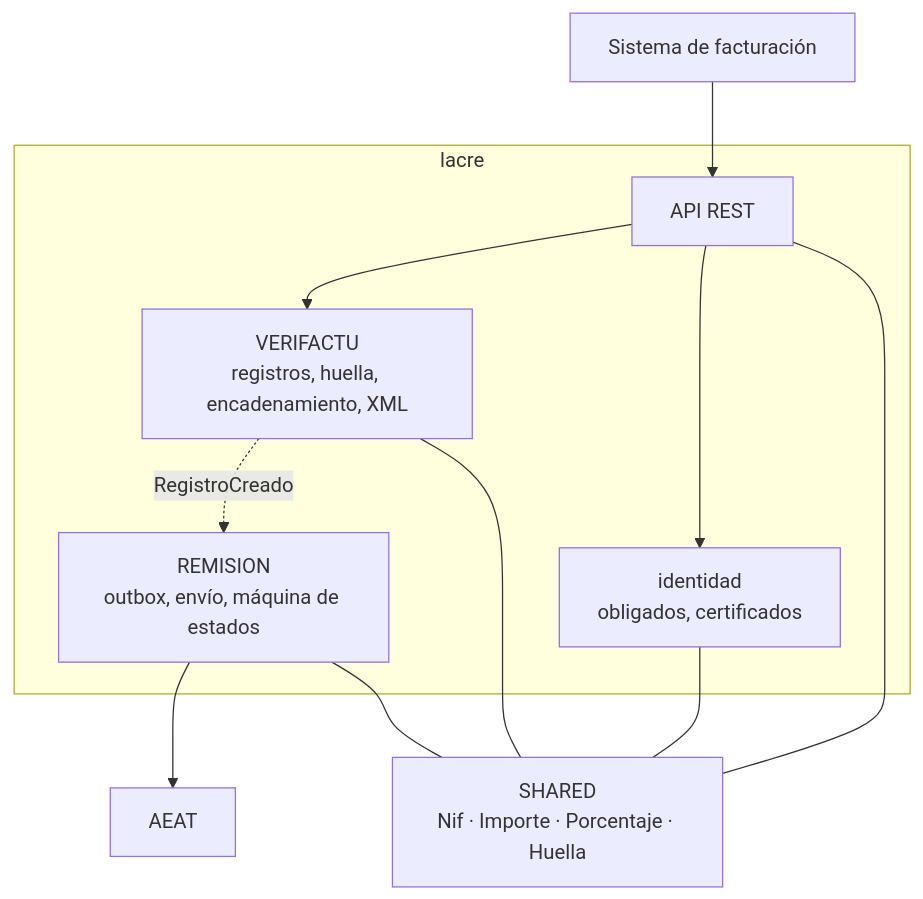
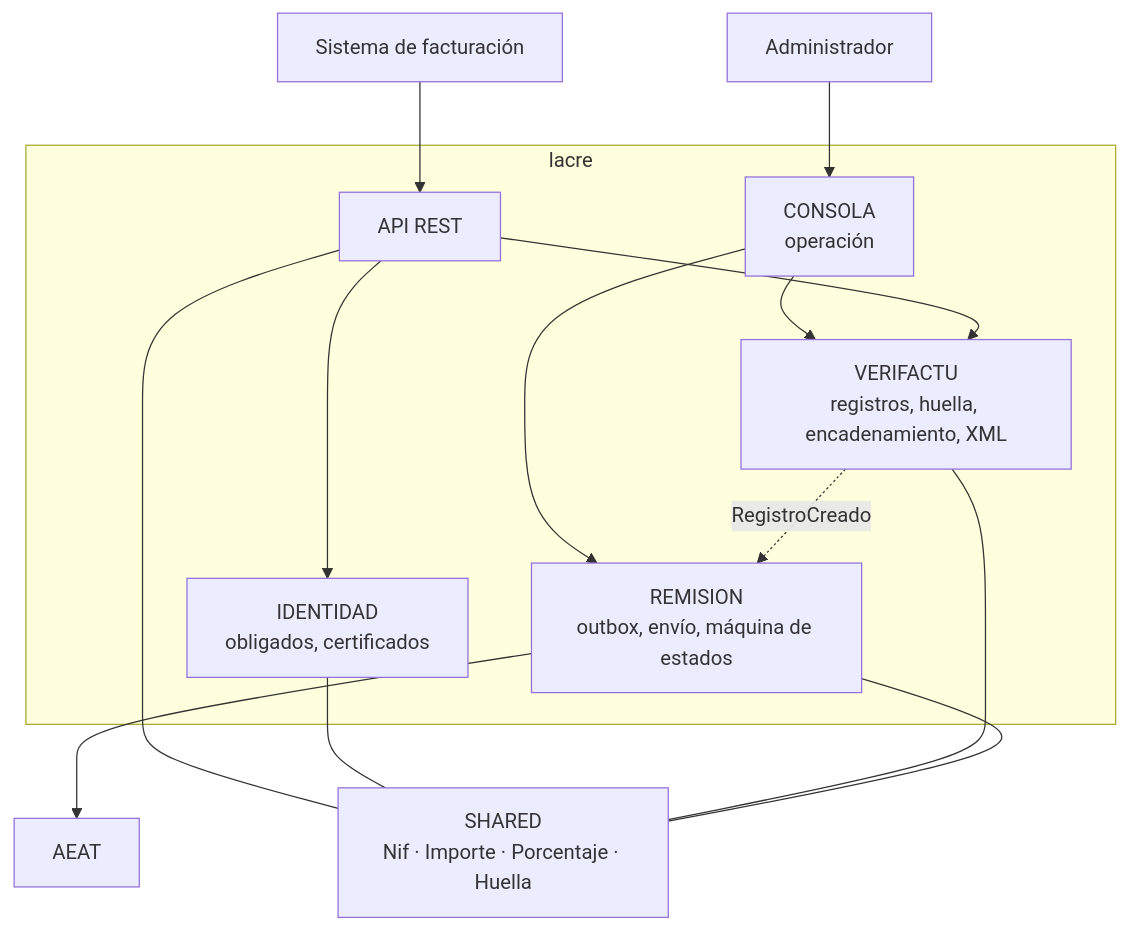
Before and after one commit to manuel-umu/lacre: the second of 2 diagrams in README.md, drawn with Mermaid. The commit also changed other lines of this file and 27 other files, not shown here.

Commit message:
feat: consola de operación con inicio de sesión y vista general de los obligados

````diff
--- a/README.md
+++ b/README.md
@@ -54,23 +54,28 @@
 ```mermaid
 flowchart TB
     CLI["Sistema de facturación"] --> API
 
     subgraph APP["lacre"]
         API["API REST"]
-        ID["identidad<br/>obligados, certificados"]
+        ID["IDENTIDAD<br/>obligados, certificados"]
         SIF["VERIFACTU<br/>registros, huella, encadenamiento, XML"]
         REM["REMISION<br/>outbox, envío, máquina de estados"]
+        CON["CONSOLA<br/>operación"]
     end
+
+    OP["Administrador"] --> CON
+    CON --> SIF
+    CON --> REM
 
     SH["SHARED<br/>Nif · Importe · Porcentaje · Huella"]
 
     API --> SIF
     API --> ID
     SIF -. "RegistroCreado" .-> REM
     REM --> AEAT["AEAT"]
 
     API --- SH
     ID --- SH
     SIF --- SH
     REM --- SH
 ```
````
